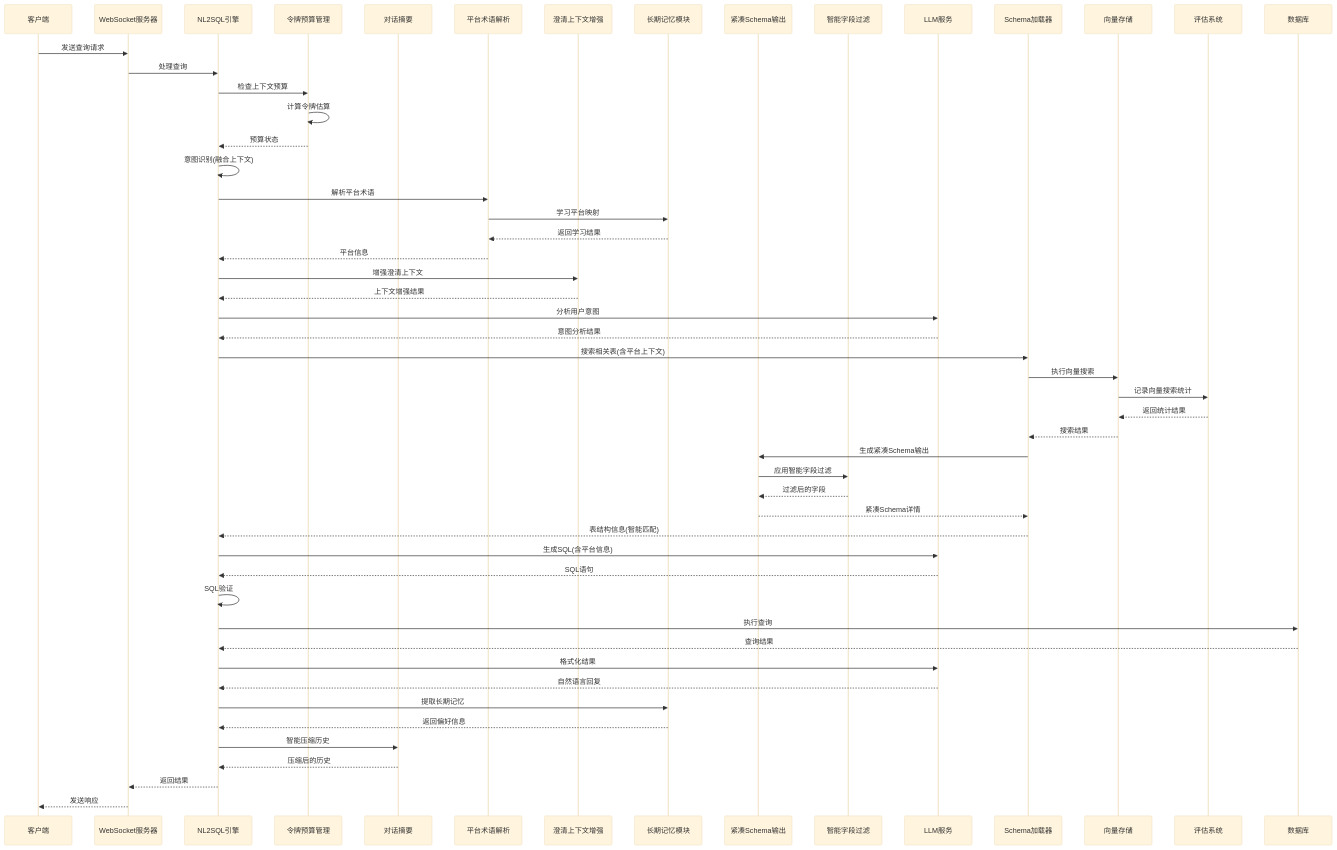
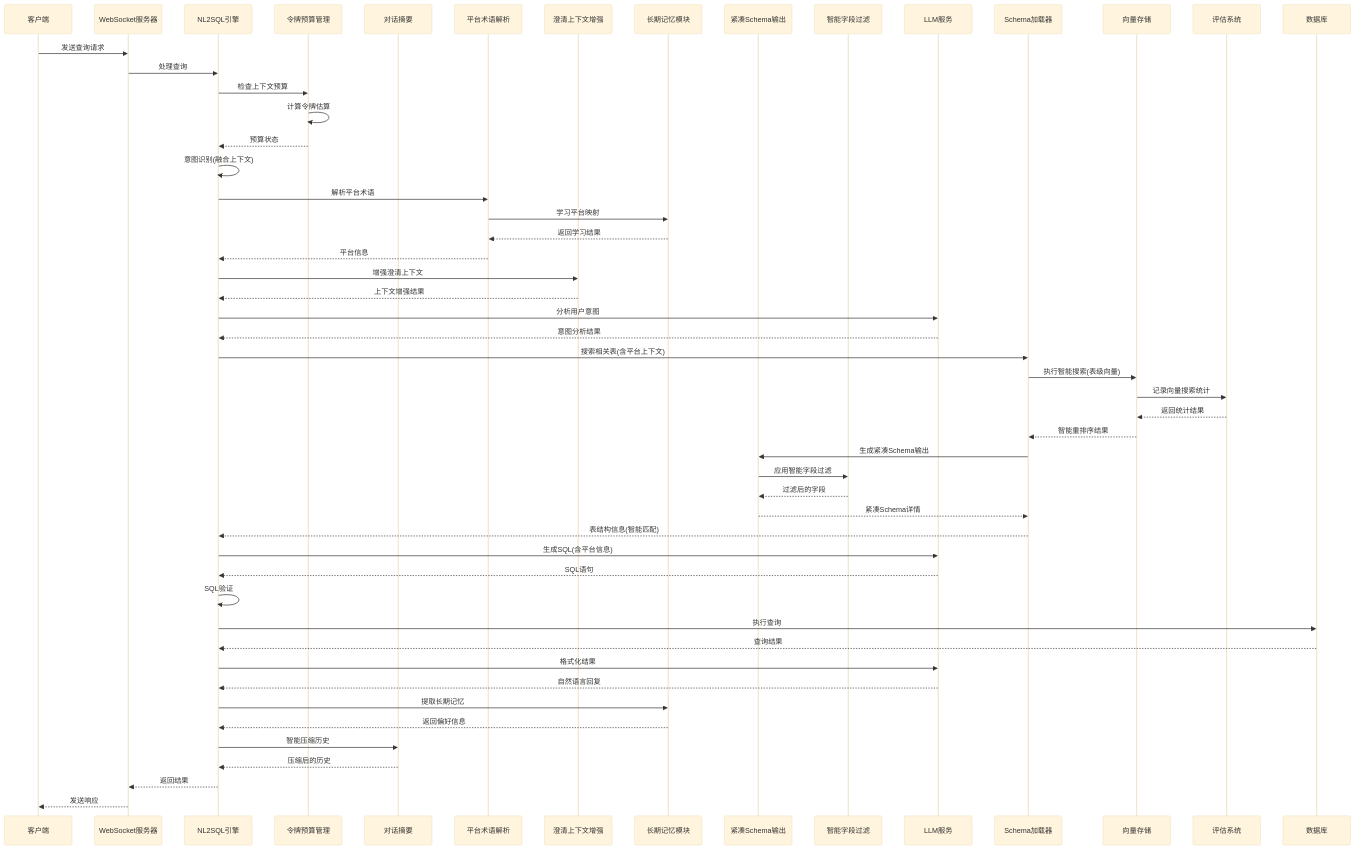
One commit to HanHuiOnLine/724-office changed the third of 34 diagrams in .qoder/repowiki/zh/content/核心模块详解/NL2SQL自然语言到SQL系统/NL2SQL自然语言到SQL系统.md. Above: the diagram before and after it, drawn with Mermaid (base theme). The commit also changed other lines of this file and 5 other files, not shown here.

````diff
--- a/.qoder/repowiki/zh/content/核心模块详解/NL2SQL自然语言到SQL系统/NL2SQL自然语言到SQL系统.md
+++ b/.qoder/repowiki/zh/content/核心模块详解/NL2SQL自然语言到SQL系统/NL2SQL自然语言到SQL系统.md
@@ -382,55 +385,55 @@
 ```mermaid
 sequenceDiagram
 participant Client as 客户端
 participant WS as WebSocket服务器
 participant Engine as NL2SQL引擎
 participant Budget as 令牌预算管理
 participant Summarize as 对话摘要
 participant Platform as 平台术语解析
 participant Context as 澄清上下文增强
 participant Memory as 长期记忆模块
 participant CompactSchema as 紧凑Schema输出
 participant FieldFilter as 智能字段过滤
 participant LLM as LLM服务
 participant Schema as Schema加载器
 participant Vector as 向量存储
 participant Eval as 评估系统
 participant DB as 数据库
 Client->>WS : 发送查询请求
 WS->>Engine : 处理查询
 Engine->>Budget : 检查上下文预算
 Budget->>Budget : 计算令牌估算
 Budget-->>Engine : 预算状态
 Engine->>Engine : 意图识别(融合上下文)
 Engine->>Platform : 解析平台术语
 Platform->>Memory : 学习平台映射
 Memory-->>Platform : 返回学习结果
 Platform-->>Engine : 平台信息
 Engine->>Context : 增强澄清上下文
 Context-->>Engine : 上下文增强结果
 Engine->>LLM : 分析用户意图
 LLM-->>Engine : 意图分析结果
 Engine->>Schema : 搜索相关表(含平台上下文)
-Schema->>Vector : 执行向量搜索
+Schema->>Vector : 执行智能搜索(表级向量)
 Vector->>Eval : 记录向量搜索统计
 Eval-->>Vector : 返回统计结果
-Vector-->>Schema : 搜索结果
+Vector-->>Schema : 智能重排序结果
 Schema->>CompactSchema : 生成紧凑Schema输出
 CompactSchema->>FieldFilter : 应用智能字段过滤
 FieldFilter-->>CompactSchema : 过滤后的字段
 CompactSchema-->>Schema : 紧凑Schema详情
 Schema-->>Engine : 表结构信息(智能匹配)
 Engine->>LLM : 生成SQL(含平台信息)
 LLM-->>Engine : SQL语句
 Engine->>Engine : SQL验证
 Engine->>DB : 执行查询
 DB-->>Engine : 查询结果
 Engine->>LLM : 格式化结果
 LLM-->>Engine : 自然语言回复
 Engine->>Memory : 提取长期记忆
 Memory-->>Engine : 返回偏好信息
 Engine->>Summarize : 智能压缩历史
 Summarize-->>Engine : 压缩后的历史
 Engine-->>WS : 返回结果
 WS-->>Client : 发送响应
 ```
````
